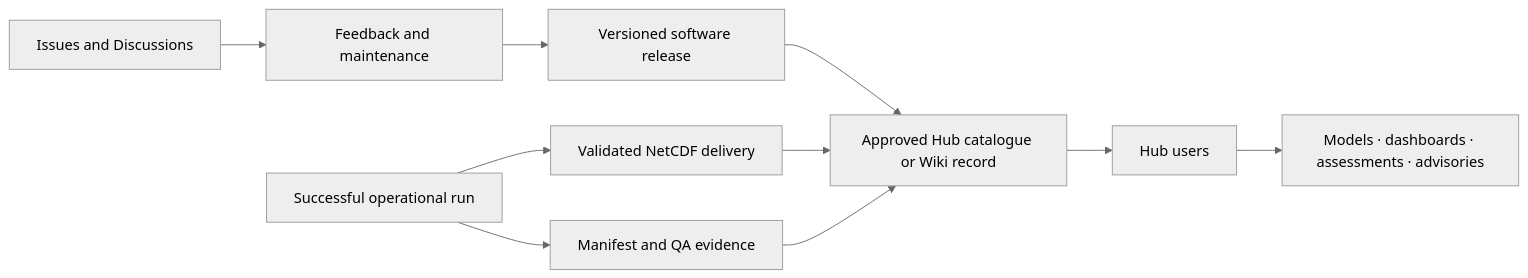
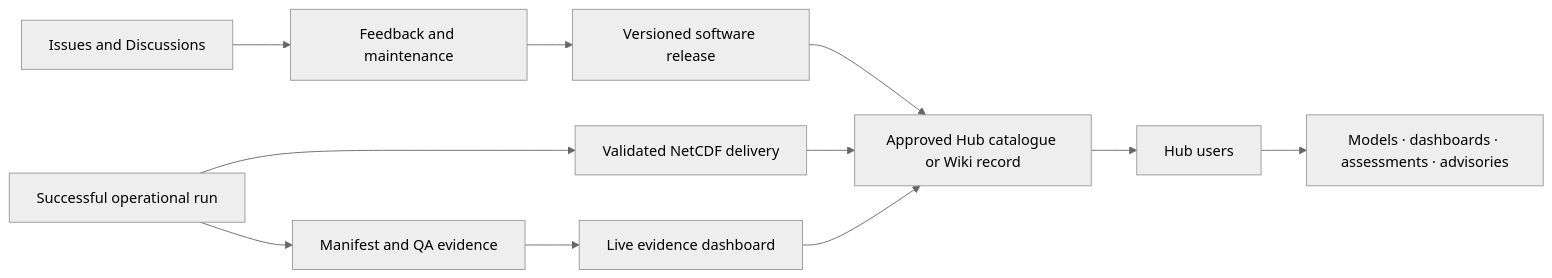
The third of 3 diagrams in README.md (YonSci/climate-agent), drawn with Mermaid (neutral theme) before and after one commit. The commit also changed other lines of this file, not shown here.

Commit message:
Add live dashboard to README

````diff
--- a/README.md
+++ b/README.md
@@ -358,12 +367,13 @@
 ```mermaid
 flowchart LR
     A[Versioned software release] --> B[Approved Hub catalogue or Wiki record]
     C[Successful operational run] --> D[Validated NetCDF delivery]
     C --> E[Manifest and QA evidence]
+    E --> F[Live evidence dashboard]
     D --> B
-    E --> B
-    B --> F[Hub users]
-    F --> G[Models · dashboards · assessments · advisories]
-    H[Issues and Discussions] --> I[Feedback and maintenance]
-    I --> A
+    F --> B
+    B --> G[Hub users]
+    G --> H[Models · dashboards · assessments · advisories]
+    I[Issues and Discussions] --> J[Feedback and maintenance]
+    J --> A
 ```
````
